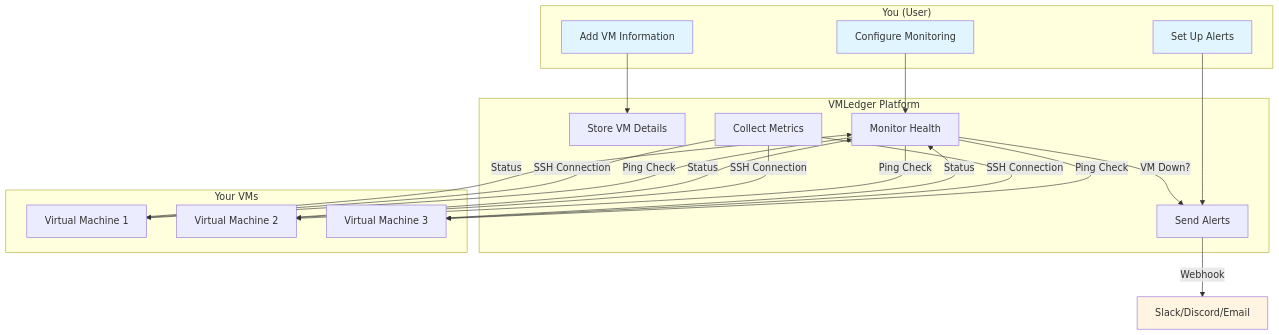
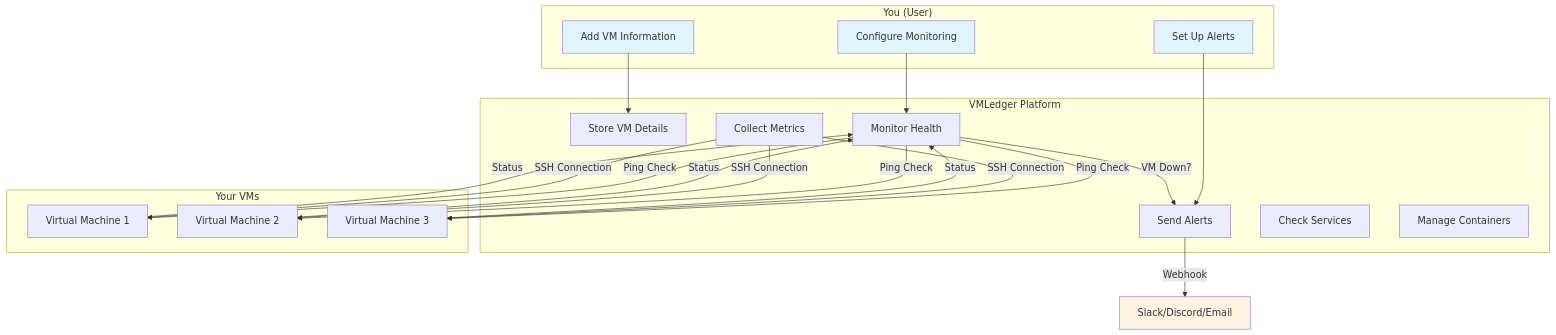
One commit to vedantchimote/VMLedger changed the first of 13 diagrams in docs/concepts/overview.mdx. Above: the diagram before and after it, drawn with Mermaid. The commit also changed other lines of this file, not shown here.

````diff
--- a/docs/concepts/overview.mdx
+++ b/docs/concepts/overview.mdx
@@ -24,45 +27,47 @@
 ```mermaid
 graph TB
     subgraph "You (User)"
         A[Add VM Information]
         B[Configure Monitoring]
         C[Set Up Alerts]
     end
     
     subgraph "VMLedger Platform"
         D[Store VM Details]
         E[Monitor Health]
         F[Collect Metrics]
         G[Send Alerts]
+        SVC[Check Services]
+        LXC[Manage Containers]
     end
     
     subgraph "Your VMs"
         H[Virtual Machine 1]
         I[Virtual Machine 2]
         J[Virtual Machine 3]
     end
     
     A --> D
     B --> E
     C --> G
     
     E -->|Ping Check| H
     E -->|Ping Check| I
     E -->|Ping Check| J
     
     F -->|SSH Connection| H
     F -->|SSH Connection| I
     F -->|SSH Connection| J
     
     H -->|Status| E
     I -->|Status| E
     J -->|Status| E
     
     E -->|VM Down?| G
     G -->|Webhook| K[Slack/Discord/Email]
     
     style A fill:#e1f5ff
     style B fill:#e1f5ff
     style C fill:#e1f5ff
     style K fill:#fff4e1
 ```
````
